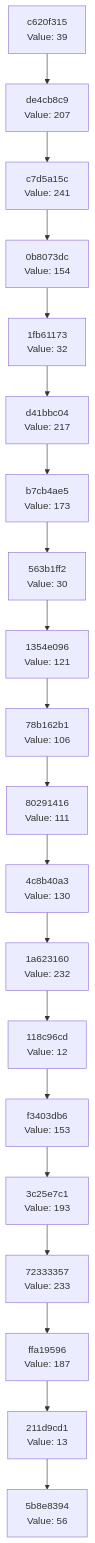
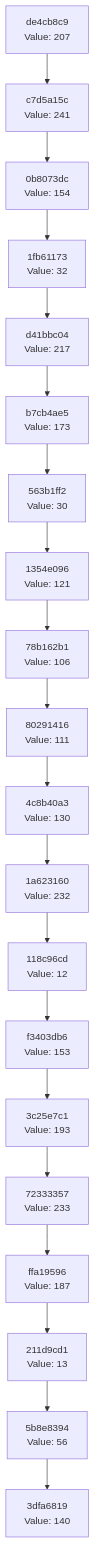
One commit to Abhisheksinha1506/hash-chain-evolver changed the diagram in docs/CHAIN_VISUALIZATION.md. Above: the diagram before and after it, drawn with Mermaid. The commit also changed 2 other files, not shown here.

Commit message:
Evolution step: hash 0x8C → action executed

````diff
--- a/docs/CHAIN_VISUALIZATION.md
+++ b/docs/CHAIN_VISUALIZATION.md
@@ -3,42 +3,42 @@
 ```mermaid
 graph TD
-    C0["5b8e8394<br/>Value: 56"]
-    C1["211d9cd1<br/>Value: 13"]
+    C0["3dfa6819<br/>Value: 140"]
+    C1["5b8e8394<br/>Value: 56"]
     C1 --> C0
-    C2["ffa19596<br/>Value: 187"]
+    C2["211d9cd1<br/>Value: 13"]
     C2 --> C1
-    C3["72333357<br/>Value: 233"]
+    C3["ffa19596<br/>Value: 187"]
     C3 --> C2
-    C4["3c25e7c1<br/>Value: 193"]
+    C4["72333357<br/>Value: 233"]
     C4 --> C3
-    C5["f3403db6<br/>Value: 153"]
+    C5["3c25e7c1<br/>Value: 193"]
     C5 --> C4
-    C6["118c96cd<br/>Value: 12"]
+    C6["f3403db6<br/>Value: 153"]
     C6 --> C5
-    C7["1a623160<br/>Value: 232"]
+    C7["118c96cd<br/>Value: 12"]
     C7 --> C6
-    C8["4c8b40a3<br/>Value: 130"]
+    C8["1a623160<br/>Value: 232"]
     C8 --> C7
-    C9["80291416<br/>Value: 111"]
+    C9["4c8b40a3<br/>Value: 130"]
     C9 --> C8
-    C10["78b162b1<br/>Value: 106"]
+    C10["80291416<br/>Value: 111"]
     C10 --> C9
-    C11["1354e096<br/>Value: 121"]
+    C11["78b162b1<br/>Value: 106"]
     C11 --> C10
-    C12["563b1ff2<br/>Value: 30"]
+    C12["1354e096<br/>Value: 121"]
     C12 --> C11
-    C13["b7cb4ae5<br/>Value: 173"]
+    C13["563b1ff2<br/>Value: 30"]
     C13 --> C12
-    C14["d41bbc04<br/>Value: 217"]
+    C14["b7cb4ae5<br/>Value: 173"]
     C14 --> C13
-    C15["1fb61173<br/>Value: 32"]
+    C15["d41bbc04<br/>Value: 217"]
     C15 --> C14
-    C16["0b8073dc<br/>Value: 154"]
+    C16["1fb61173<br/>Value: 32"]
     C16 --> C15
-    C17["c7d5a15c<br/>Value: 241"]
+    C17["0b8073dc<br/>Value: 154"]
     C17 --> C16
-    C18["de4cb8c9<br/>Value: 207"]
+    C18["c7d5a15c<br/>Value: 241"]
     C18 --> C17
-    C19["c620f315<br/>Value: 39"]
+    C19["de4cb8c9<br/>Value: 207"]
     C19 --> C18
 ```
````
